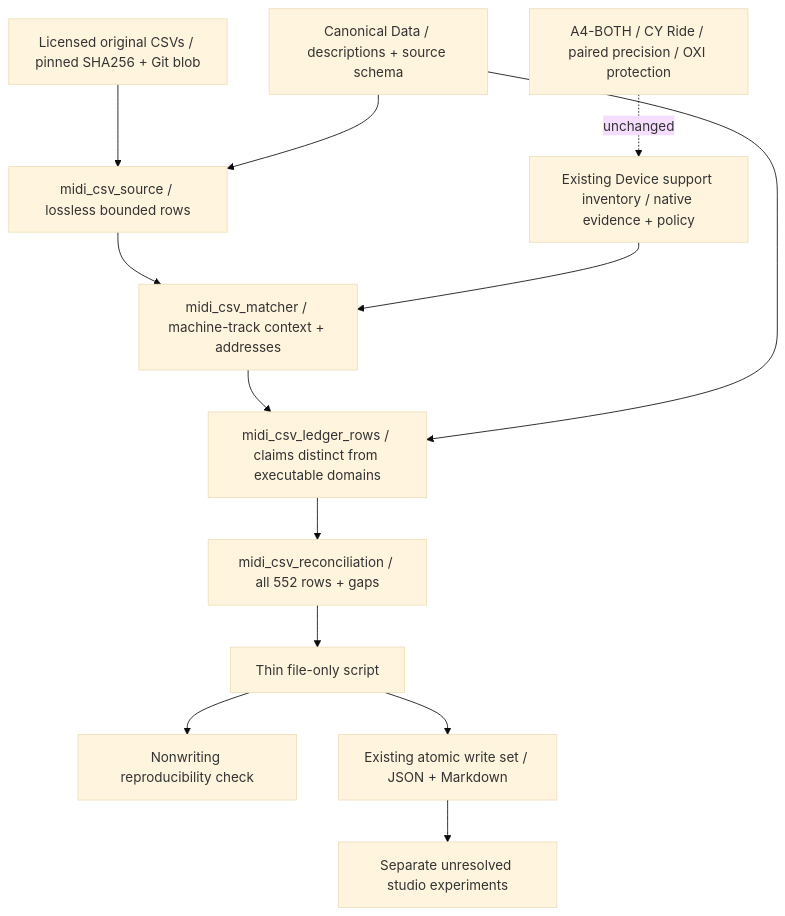
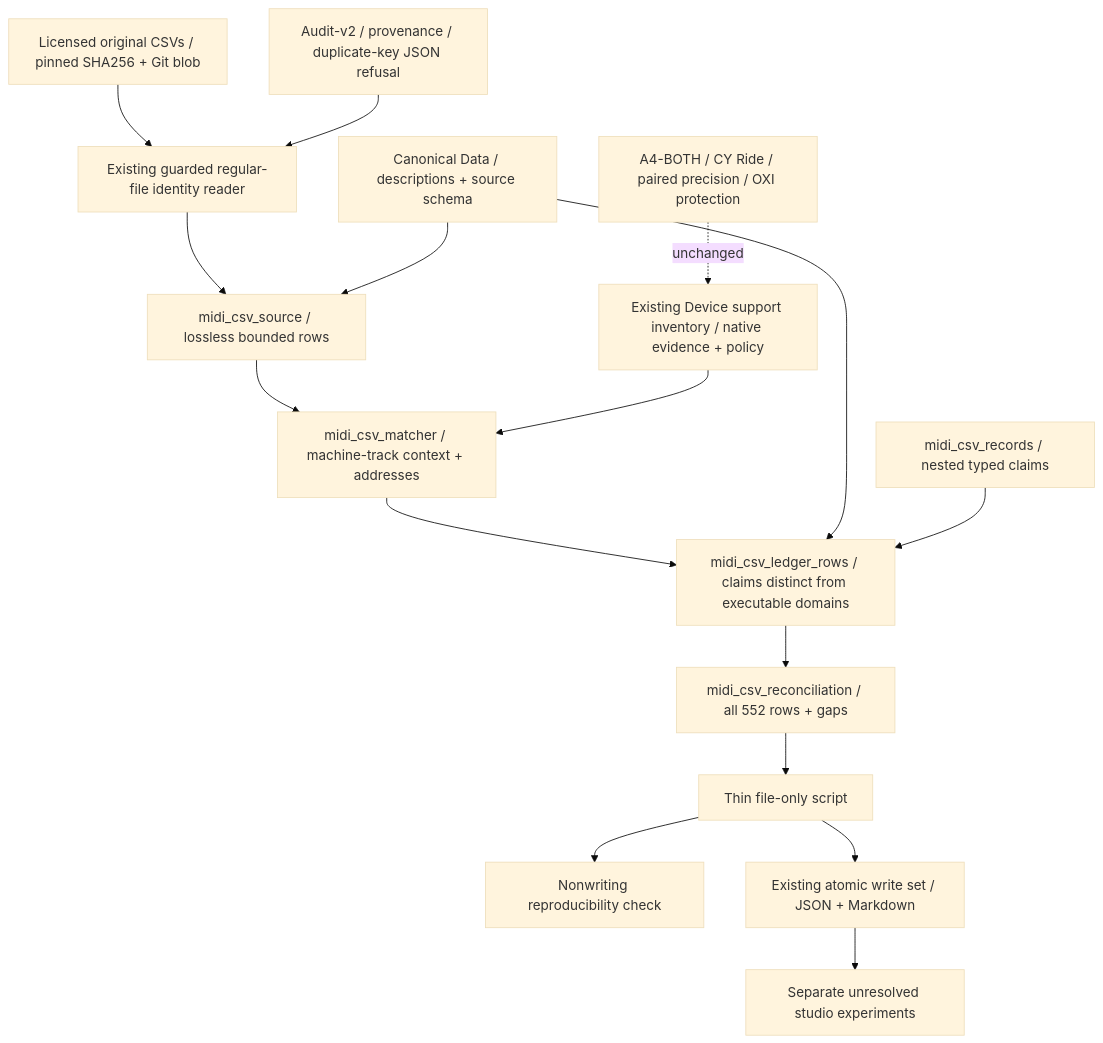
One commit to buzzijose-hub/RytmRandomizer changed diagram 41 of 41 in docs/ARCHITECTURE_DIAGRAMS.md. Above: the diagram before and after it, drawn with Mermaid (base theme). The commit also changed other lines of this file and 15 other files, not shown here.

````diff
--- a/docs/ARCHITECTURE_DIAGRAMS.md
+++ b/docs/ARCHITECTURE_DIAGRAMS.md
@@ -3527,15 +3530,18 @@
 ```mermaid
 flowchart TD
-    CSV[Licensed original CSVs / pinned SHA256 + Git blob] --> Parse[midi_csv_source / lossless bounded rows]
+    CSV[Licensed original CSVs / pinned SHA256 + Git blob] --> Reader[Existing guarded regular-file identity reader]
+    Reader --> Parse[midi_csv_source / lossless bounded rows]
+    Evidence[Audit-v2 / provenance / duplicate-key JSON refusal] --> Reader
     Data[Canonical Data / descriptions + source schema] --> Parse
     Parse --> Match[midi_csv_matcher / machine-track context + addresses]
     Inventory[Existing Device support inventory / native evidence + policy] --> Match
     Match --> Rows[midi_csv_ledger_rows / claims distinct from executable domains]
     Data --> Rows
+    Shapes[midi_csv_records / nested typed claims] --> Rows
     Rows --> Ledger[midi_csv_reconciliation / all 552 rows + gaps]
     Ledger --> Tool[Thin file-only script]
     Tool --> Check[Nonwriting reproducibility check]
     Tool --> Publish[Existing atomic write set / JSON + Markdown]
     Publish --> Handoff[Separate unresolved studio experiments]
     Holds[A4-BOTH / CY Ride / paired precision / OXI protection] -. unchanged .-> Inventory
 ```
````
